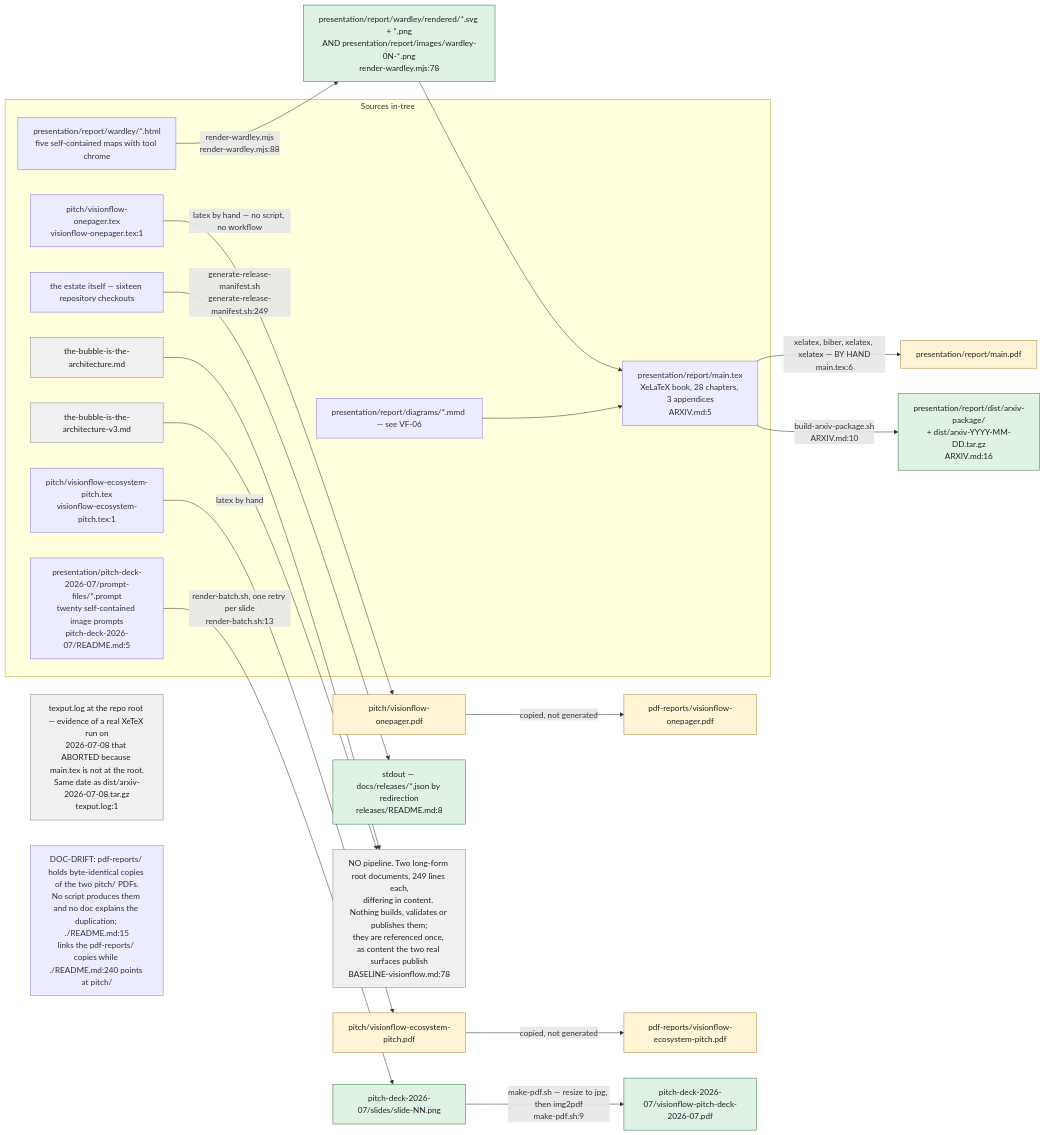
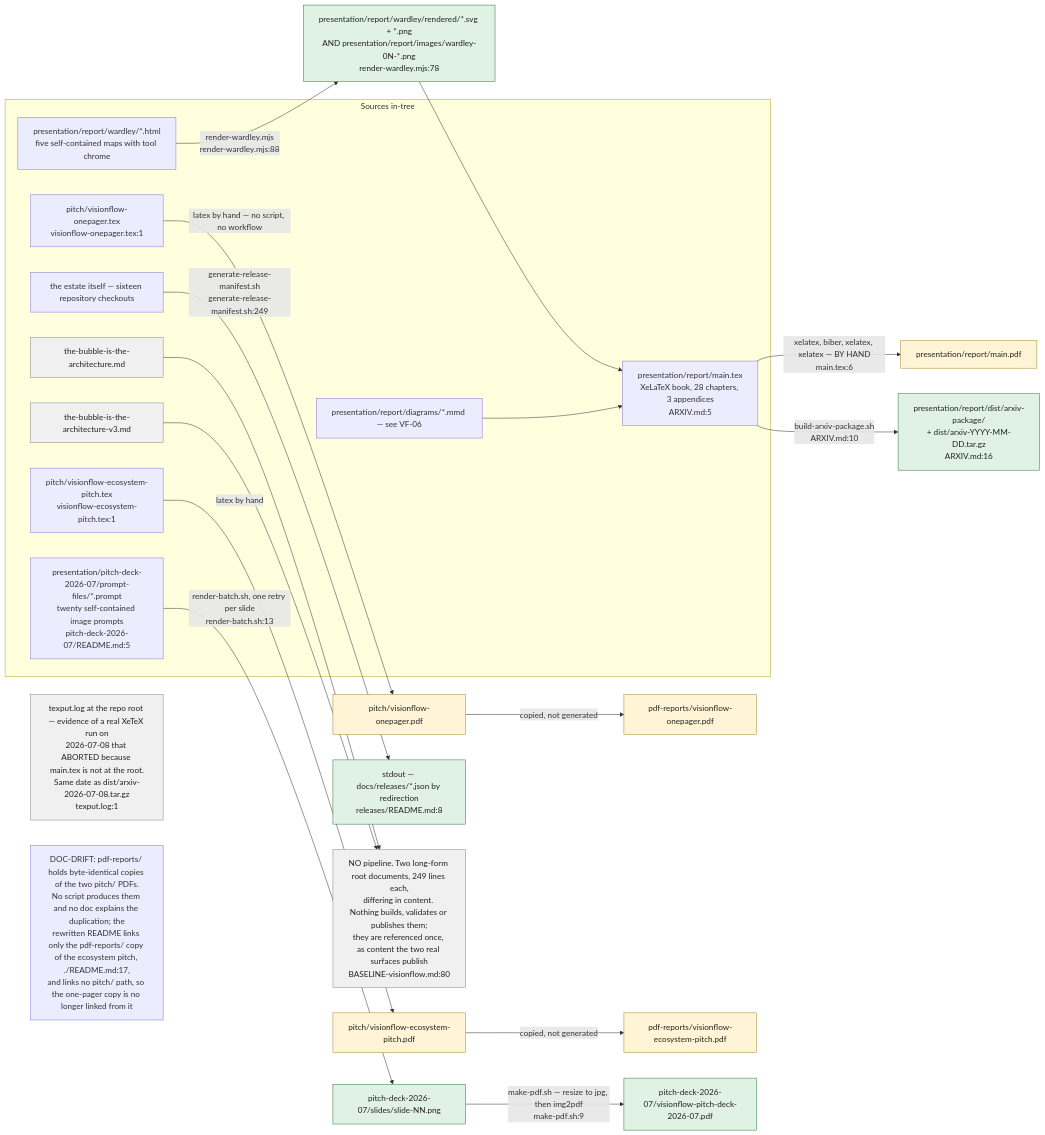
One commit to DreamLab-AI/VisionFlow changed the first of 11 diagrams in docs/diagrams/visionflow/07-pitch-presentation-reports.md. Above: the diagram before and after it, drawn with Mermaid. The commit also changed other lines of this file and 160 other files, not shown here.

````diff
--- a/docs/diagrams/visionflow/07-pitch-presentation-reports.md
+++ b/docs/diagrams/visionflow/07-pitch-presentation-reports.md
@@ -37,41 +37,41 @@
 ```mermaid
 flowchart LR
     classDef auto fill:#e0f2e4,stroke:#2f7a45,color:#222
     classDef manual fill:#fff4d6,stroke:#aa8833,color:#222
     classDef content fill:#f0f0f0,stroke:#888,color:#222
 
     subgraph SRC["Sources in-tree"]
         R1["presentation/report/main.tex<br/>XeLaTeX book, 28 chapters, 3 appendices<br/>ARXIV.md:5"]
         R2["presentation/report/wardley/*.html<br/>five self-contained maps with tool chrome"]
         R3["presentation/report/diagrams/*.mmd — see VF-06"]
         P1["pitch/visionflow-onepager.tex<br/>visionflow-onepager.tex:1"]
         P2["pitch/visionflow-ecosystem-pitch.tex<br/>visionflow-ecosystem-pitch.tex:1"]
         D1["presentation/pitch-deck-2026-07/prompt-files/*.prompt<br/>twenty self-contained image prompts<br/>pitch-deck-2026-07/README.md:5"]
         B1["the-bubble-is-the-architecture.md"]:::content
         B2["the-bubble-is-the-architecture-v3.md"]:::content
         RM["the estate itself — sixteen repository checkouts"]
     end
 
     R2 -->|"render-wardley.mjs<br/>render-wardley.mjs:88"| O2["presentation/report/wardley/rendered/*.svg + *.png<br/>AND presentation/report/images/wardley-0N-*.png<br/>render-wardley.mjs:78"]:::auto
     O2 --> R1
     R3 --> R1
     R1 -->|"xelatex, biber, xelatex, xelatex — BY HAND<br/>main.tex:6"| O1["presentation/report/main.pdf"]:::manual
     R1 -->|"build-arxiv-package.sh<br/>ARXIV.md:10"| O3["presentation/report/dist/arxiv-package/<br/>+ dist/arxiv-YYYY-MM-DD.tar.gz<br/>ARXIV.md:16"]:::auto
 
     P1 -->|"latex by hand — no script, no workflow"| O4["pitch/visionflow-onepager.pdf"]:::manual
     P2 -->|"latex by hand"| O5["pitch/visionflow-ecosystem-pitch.pdf"]:::manual
     O4 -->|"copied, not generated"| O6["pdf-reports/visionflow-onepager.pdf"]:::manual
     O5 -->|"copied, not generated"| O7["pdf-reports/visionflow-ecosystem-pitch.pdf"]:::manual
 
     D1 -->|"render-batch.sh, one retry per slide<br/>render-batch.sh:13"| O8["pitch-deck-2026-07/slides/slide-NN.png"]:::auto
     O8 -->|"make-pdf.sh — resize to jpg, then img2pdf<br/>make-pdf.sh:9"| O9["pitch-deck-2026-07/visionflow-pitch-deck-2026-07.pdf"]:::auto
 
     RM -->|"generate-release-manifest.sh<br/>generate-release-manifest.sh:249"| O10["stdout — docs/releases/*.json by redirection<br/>releases/README.md:8"]:::auto
 
-    B1 --> NOP["NO pipeline. Two long-form root documents, 249 lines each,<br/>differing in content. Nothing builds, validates or publishes them;<br/>they are referenced once, as content the two real surfaces publish<br/>BASELINE-visionflow.md:78"]:::content
+    B1 --> NOP["NO pipeline. Two long-form root documents, 249 lines each,<br/>differing in content. Nothing builds, validates or publishes them;<br/>they are referenced once, as content the two real surfaces publish<br/>BASELINE-visionflow.md:80"]:::content
     B2 --> NOP
 
     ORPH["texput.log at the repo root — evidence of a real XeTeX run on<br/>2026-07-08 that ABORTED because main.tex is not at the root.<br/>Same date as dist/arxiv-2026-07-08.tar.gz<br/>texput.log:1"]:::content
 
-    NOTE["DOC-DRIFT: pdf-reports/ holds byte-identical copies of the two pitch/ PDFs.<br/>No script produces them and no doc explains the duplication; ./README.md:15<br/>links the pdf-reports/ copies while ./README.md:240 points at pitch/"]
+    NOTE["DOC-DRIFT: pdf-reports/ holds byte-identical copies of the two pitch/ PDFs.<br/>No script produces them and no doc explains the duplication; the<br/>rewritten README links only the pdf-reports/ copy of the ecosystem pitch, ./README.md:17,<br/>and links no pitch/ path, so the one-pager copy is no longer linked from it"]
 ```
````
